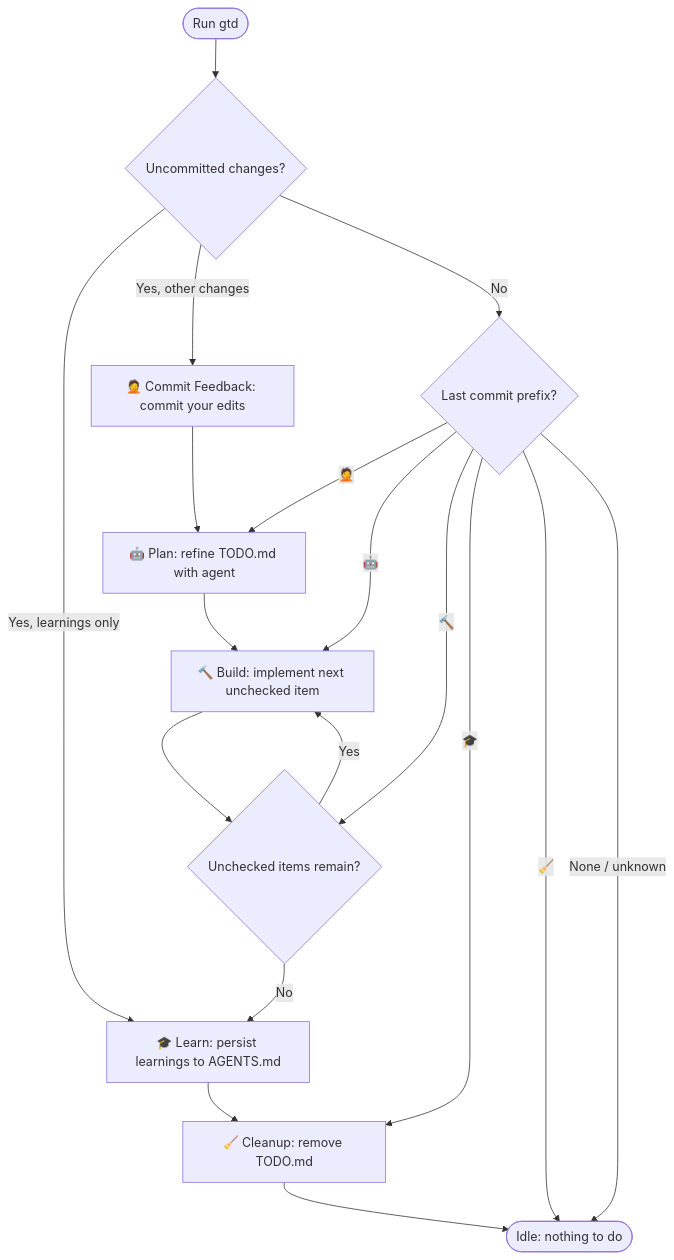
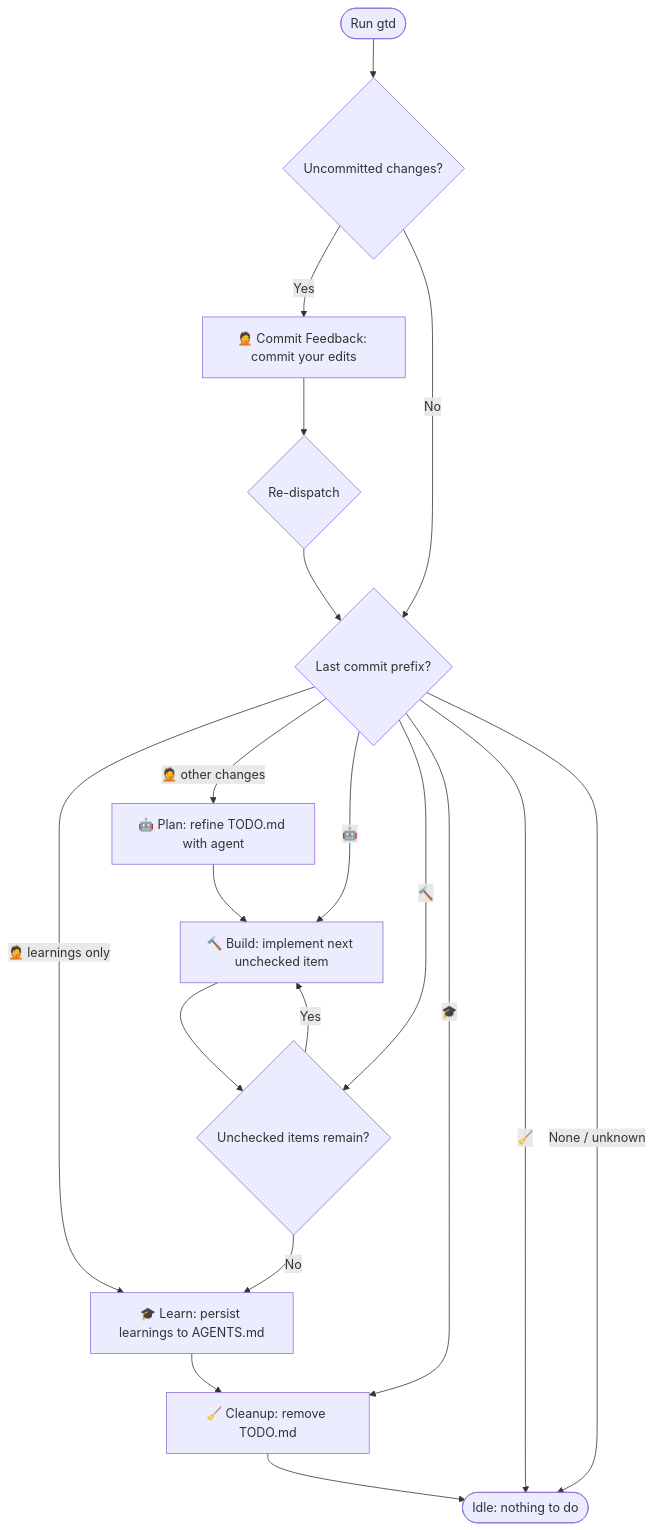
One commit to pmelab/gtd changed the diagram in README.md. Above: the diagram before and after it, drawn with Mermaid. The commit also changed other lines of this file and 6 other files, not shown here.

````diff
--- a/README.md
+++ b/README.md
@@ -19,20 +19,21 @@
 ```mermaid
 flowchart TD
     Start([Run gtd]) --> Uncommitted{Uncommitted changes?}
-    Uncommitted -->|Yes, learnings only| Learn["🎓 Learn: persist learnings to AGENTS.md"]
-    Uncommitted -->|Yes, other changes| Feedback["🤦 Commit Feedback: commit your edits"]
+    Uncommitted -->|Yes| Feedback["🤦 Commit Feedback: commit your edits"]
     Uncommitted -->|No| CheckLast{Last commit prefix?}
-    Feedback --> Plan["🤖 Plan: refine TODO.md with agent"]
-    CheckLast -->|🤦| Plan
+    Feedback --> ReDispatch{Re-dispatch}
+    ReDispatch --> CheckLast
+    CheckLast -->|🤦 learnings only| Learn["🎓 Learn: persist learnings to AGENTS.md"]
+    CheckLast -->|🤦 other changes| Plan["🤖 Plan: refine TODO.md with agent"]
     Plan --> Build["🔨 Build: implement next unchecked item"]
     CheckLast -->|🤖| Build
     Build --> ItemsLeft{Unchecked items remain?}
     CheckLast -->|🔨| ItemsLeft
     ItemsLeft -->|Yes| Build
     ItemsLeft -->|No| Learn
     Learn --> Cleanup["🧹 Cleanup: remove TODO.md"]
     CheckLast -->|🎓| Cleanup
     Cleanup --> Idle([Idle: nothing to do])
     CheckLast -->|🧹| Idle
     CheckLast -->|None / unknown| Idle
 ```
````
